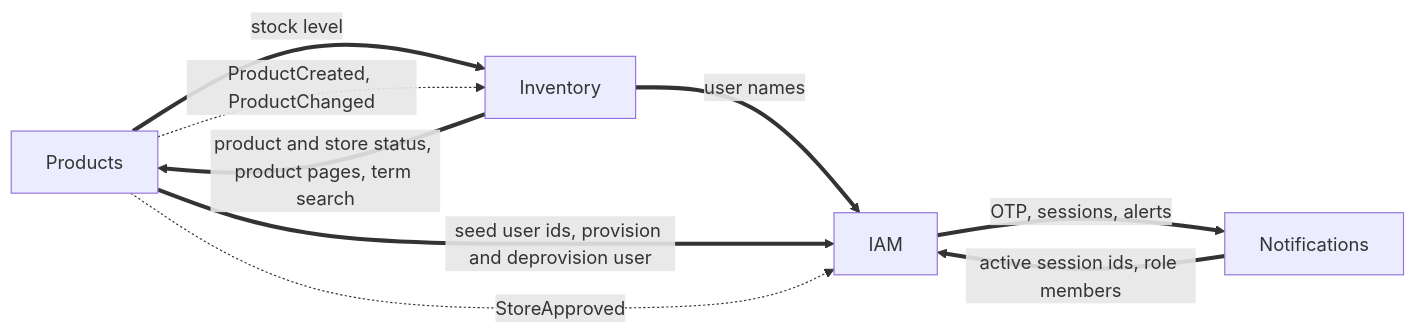
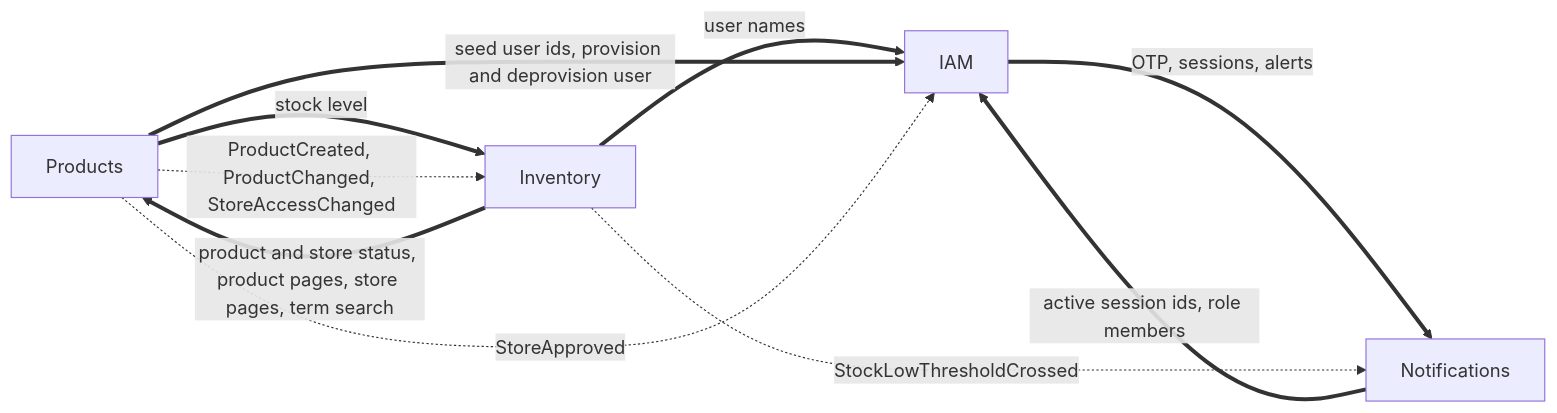
Before and after one commit to baranacikgoz/modular-monolith-ddd-vsa-webapi: the diagram in docs/modules.md, drawn with Mermaid. The commit also changed other lines of this file and 5 other files, not shown here.

First line of the commit message:
docs: cover the mirrored reservation status, store access projection, low stock alert and daily totals

````diff
--- a/docs/modules.md
+++ b/docs/modules.md
@@ -22,11 +22,12 @@
 ```mermaid
 flowchart LR
     IAM ==>|"OTP, sessions, alerts"| NTF[Notifications]
     NTF ==>|"active session ids, role members"| IAM
     PRD[Products] ==>|"stock level"| INV[Inventory]
-    INV ==>|"product and store status, product pages, term search"| PRD
+    INV ==>|"product and store status, product pages, store pages, term search"| PRD
     INV ==>|"user names"| IAM
     PRD ==>|"seed user ids, provision and deprovision user"| IAM
-    PRD -.->|"ProductCreated, ProductChanged"| INV
+    PRD -.->|"ProductCreated, ProductChanged, StoreAccessChanged"| INV
     PRD -.->|"StoreApproved"| IAM
+    INV -.->|"StockLowThresholdCrossed"| NTF
 ```
````
